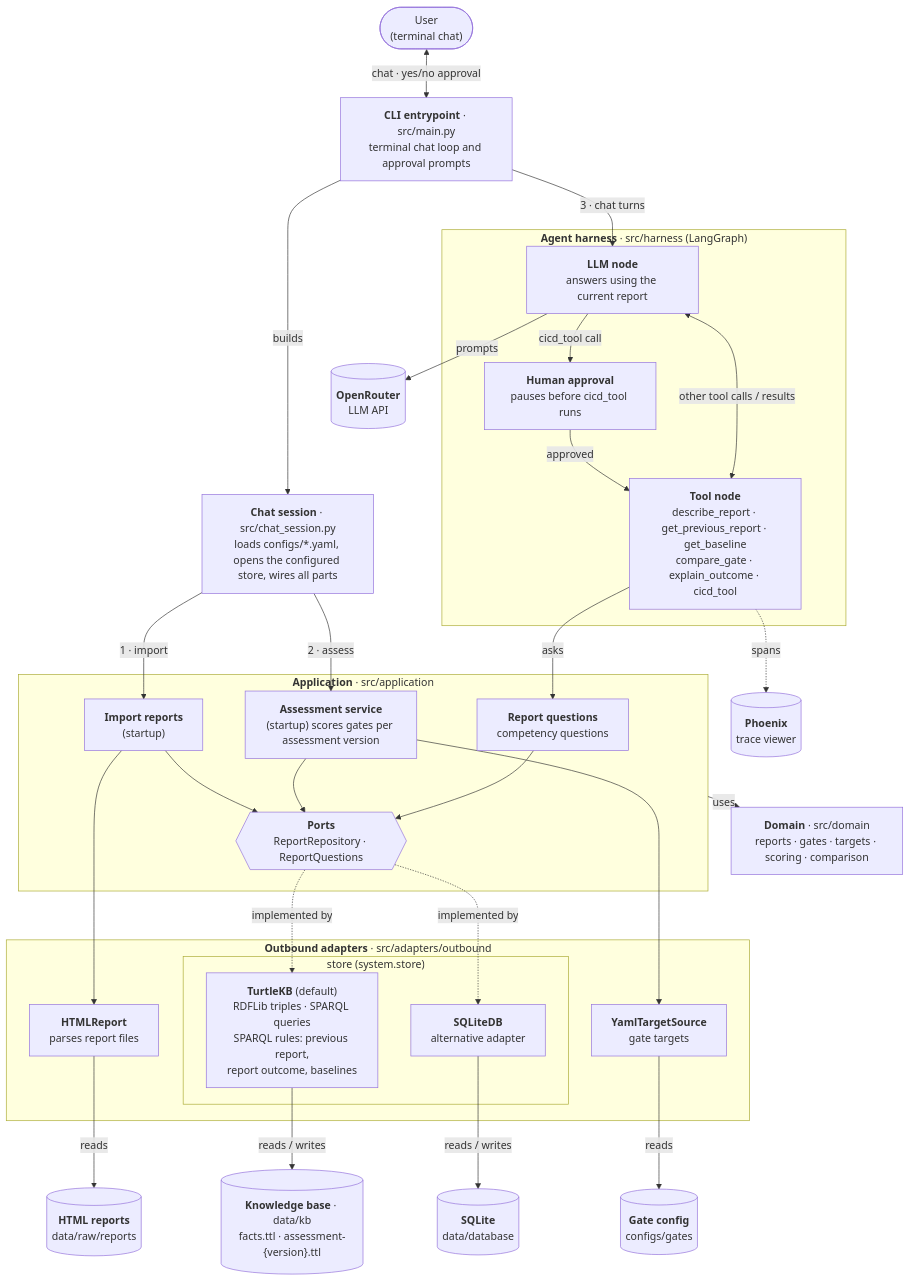
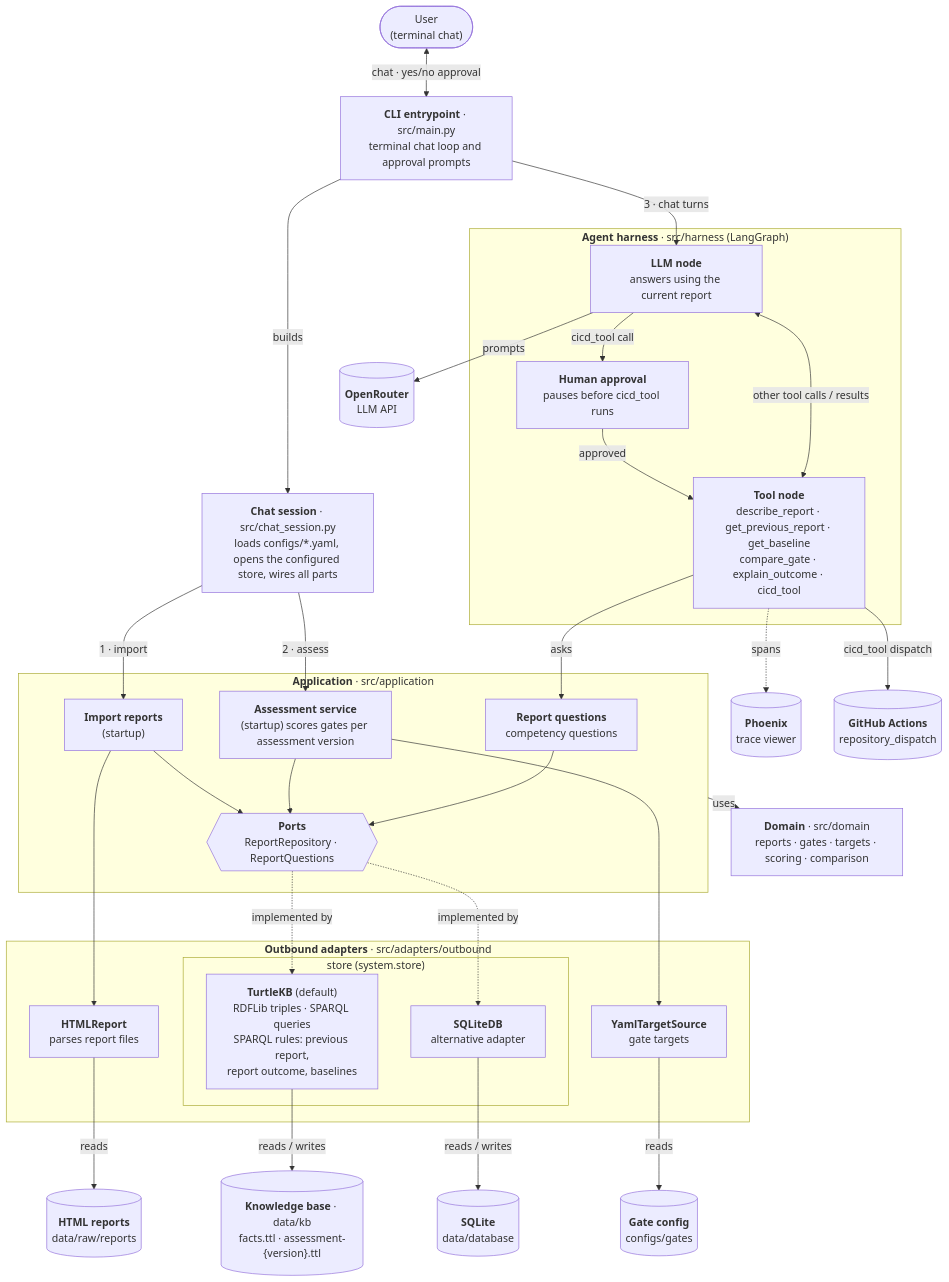
The diagram in README.md (ZHAW-InIT-SoftwareEngineering/release-compass), drawn with Mermaid before and after one commit. The commit also changed other lines of this file and 18 other files, not shown here.

````diff
--- a/README.md
+++ b/README.md
@@ -26,60 +26,62 @@
 ```mermaid
 flowchart TB
     user(["User<br/>(terminal chat)"])
     main["<b>CLI entrypoint</b> · src/main.py<br/>terminal chat loop and approval prompts"]
     session["<b>Chat session</b> · src/chat_session.py<br/>loads configs/*.yaml, opens the configured store, wires all parts"]
 
     subgraph harness["<b>Agent harness</b> · src/harness (LangGraph)"]
         llm["<b>LLM node</b><br/>answers using the current report"]
         approval["<b>Human approval</b><br/>pauses before cicd_tool runs"]
         tools["<b>Tool node</b><br/>describe_report · get_previous_report · get_baseline<br/>compare_gate · explain_outcome · cicd_tool"]
         llm -- "cicd_tool call" --> approval
         approval -- "approved" --> tools
         llm <-- "other tool calls / results" --> tools
     end
 
     openrouter[("<b>OpenRouter</b><br/>LLM API")]
     phoenix[("<b>Phoenix</b><br/>trace viewer")]
+    github[("<b>GitHub Actions</b><br/>repository_dispatch")]
 
     subgraph app["<b>Application</b> · src/application"]
         importuc["<b>Import reports</b><br/>(startup)"]
         assess["<b>Assessment service</b><br/>(startup) scores gates per assessment version"]
         questions["<b>Report questions</b><br/>competency questions"]
         ports{{"<b>Ports</b><br/>ReportRepository · ReportQuestions"}}
     end
 
     domain["<b>Domain</b> · src/domain<br/>reports · gates · targets · scoring · comparison"]
 
     subgraph adapters["<b>Outbound adapters</b> · src/adapters/outbound"]
         html["<b>HTMLReport</b><br/>parses report files"]
         targetsrc["<b>YamlTargetSource</b><br/>gate targets"]
         subgraph store["store (system.store)"]
             kb["<b>TurtleKB</b> (default)<br/>RDFLib triples · SPARQL queries<br/>SPARQL rules: previous report,<br/>report outcome, baselines"]
             sqlite["<b>SQLiteDB</b><br/>alternative adapter"]
         end
     end
 
     rawdata[("<b>HTML reports</b><br/>data/raw/reports")]
     gatecfg[("<b>Gate config</b><br/>configs/gates")]
     kbfiles[("<b>Knowledge base</b> · data/kb<br/>facts.ttl · assessment-{version}.ttl")]
     db[("<b>SQLite</b><br/>data/database")]
 
     user <-- "chat · yes/no approval" --> main
     main -- "builds" --> session
     session -- "1 · import" --> importuc
     session -- "2 · assess" --> assess
     main -- "3 · chat turns" --> llm
     llm -- "prompts" --> openrouter
     tools -. "spans" .-> phoenix
     tools -- "asks" --> questions
+    tools -- "cicd_tool dispatch" --> github
     app -- "uses" --> domain
     importuc --> html
     assess --> targetsrc
     importuc & assess & questions --> ports
     ports -. "implemented by" .-> kb
     ports -. "implemented by" .-> sqlite
     html -- "reads" --> rawdata
     targetsrc -- "reads" --> gatecfg
     kb -- "reads / writes" --> kbfiles
     sqlite -- "reads / writes" --> db
 ```
````
